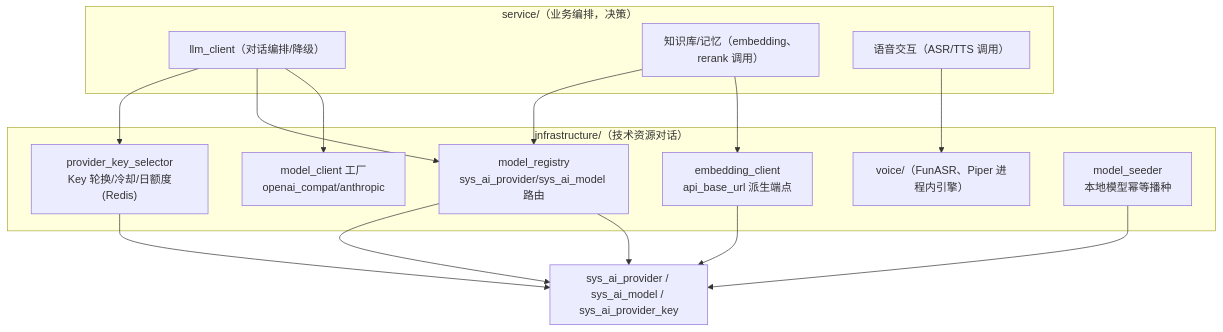
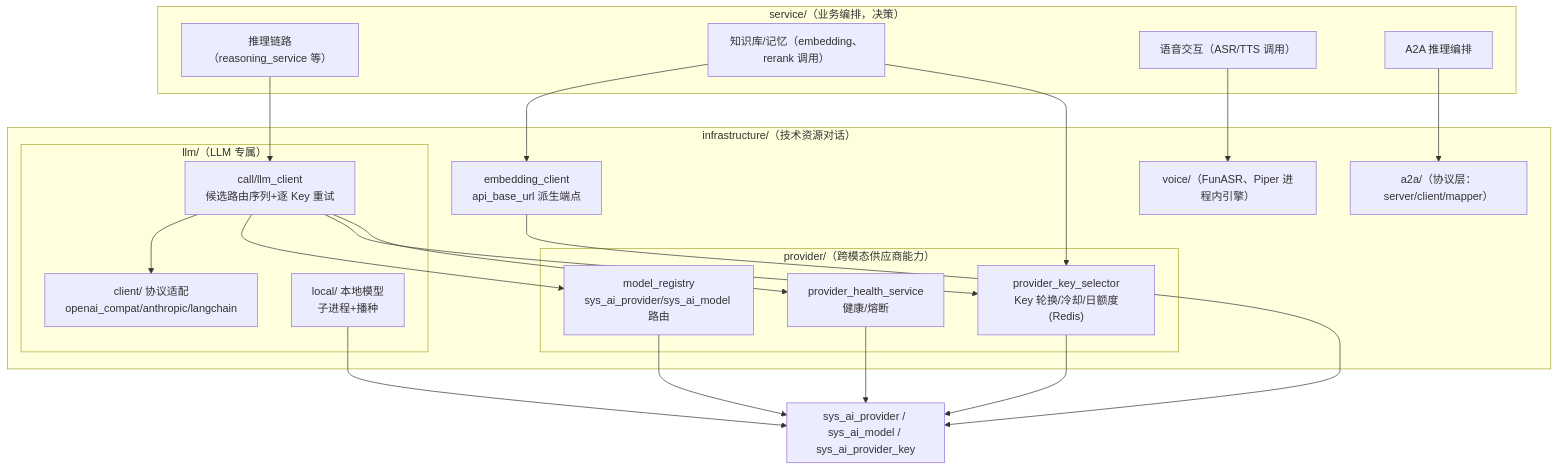
Before and after one commit to earthy-zinc/dehaze-system: the seventh of 11 diagrams in dehaze-doc/docs/04-项目实现/后端/03-Python算法服务架构文档.md, drawn with Mermaid. The commit also changed other lines of this file and 119 other files, not shown here.

````diff
--- a/dehaze-doc/docs/04-项目实现/后端/03-Python算法服务架构文档.md
+++ b/dehaze-doc/docs/04-项目实现/后端/03-Python算法服务架构文档.md
@@ -311,25 +323,35 @@
 ```mermaid
 flowchart TB
     subgraph Service["service/（业务编排，决策）"]
-        LLM["llm_client（对话编排/降级）"]
+        RS["推理链路（reasoning_service 等）"]
         KB["知识库/记忆（embedding、rerank 调用）"]
         Voice["语音交互（ASR/TTS 调用）"]
+        A2A["A2A 推理编排"]
     end
     subgraph Infra["infrastructure/（技术资源对话）"]
-        MR["model_registry<br/>sys_ai_provider/sys_ai_model 路由"]
-        KS["provider_key_selector<br/>Key 轮换/冷却/日额度(Redis)"]
-        MC["model_client 工厂<br/>openai_compat/anthropic"]
+        subgraph Provider["provider/（跨模态供应商能力）"]
+            MR["model_registry<br/>sys_ai_provider/sys_ai_model 路由"]
+            KS["provider_key_selector<br/>Key 轮换/冷却/日额度(Redis)"]
+            PH["provider_health_service<br/>健康/熔断"]
+        end
+        subgraph LLM["llm/（LLM 专属）"]
+            LC["call/llm_client<br/>候选路由序列+逐 Key 重试"]
+            MC["client/ 协议适配<br/>openai_compat/anthropic/langchain"]
+            LM["local/ 本地模型<br/>子进程+播种"]
+        end
         EC["embedding_client<br/>api_base_url 派生端点"]
+        AE["a2a/（协议层：server/client/mapper）"]
         VE["voice/（FunASR、Piper 进程内引擎）"]
-        MS["model_seeder<br/>本地模型幂等播种"]
     end
     subgraph Store["sys_ai_provider / sys_ai_model / sys_ai_provider_key"]
     end
-    LLM --> MC
-    LLM --> MR --> Store
-    LLM --> KS --> Store
+    RS --> LC --> MC
+    LC --> MR --> Store
+    LC --> KS --> Store
+    LC --> PH --> Store
     KB --> EC --> Store
-    KB --> MR --> Store
+    KB --> KS
     Voice --> VE
-    MS --> Store
+    A2A --> AE
+    LM --> Store
 ```
````
